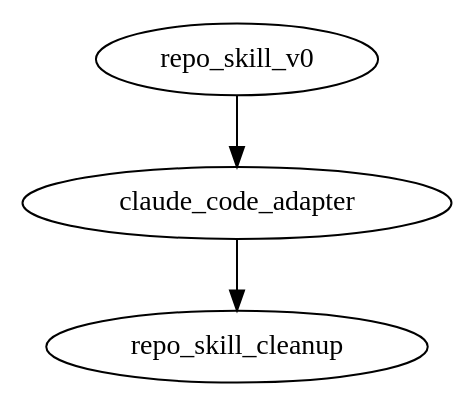
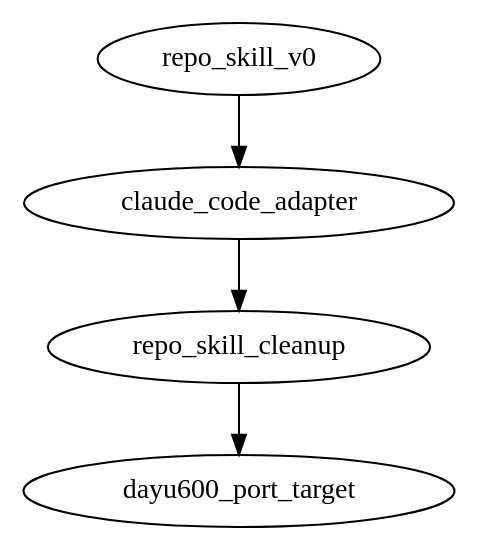
The diagram in REPO_HISTORY.dot (BH3GEI/westlake-piercing), drawn with Graphviz before and after one commit. The commit also changed 9 other files, not shown here.

Commit message:
Add DAYU600 port audit track

```diff
--- a/REPO_HISTORY.dot
+++ b/REPO_HISTORY.dot
@@ -1,44 +1,56 @@
 digraph westlake_repo_history {
   graph [
     format="repo-skill-history-v0",
     rule="each node records one agent-facing change; commit=self is allowed only for the node introduced by the current commit"
   ];
 
   repo_skill_v0 [
     commit="fb3661c",
     base_commit="b9ede74ac6a19e9e05e09800a4c8757b60ea48d5",
     actor="Yao/Codex",
     title="add repo skill v0",
     user_input="Fork westlake-piercing to BH3GEI and add a dynamic repo skill system with DOT pipeline, lock, history, and skill-local tools.",
     agent_action="Created REPO_SKILL.md, REPO_PIPELINE.dot, REPO_LOCK.toml, REPO_HISTORY.dot, .repo-skill/SKILL.md, runner code, checks, and turn notes.",
     code_delta="No runtime adapter behavior changed; added collaboration and reproducibility metadata plus a local DOT runner.",
     verify="static runner checks; full replay requires DAYU200 and artifact baseline",
     note=".repo-skill/turns/2026-06-30-repo-skill-v0.md"
   ];
 
   claude_code_adapter [
     commit="6113f4b",
     base_commit="fb3661c",
     actor="Yao/Codex",
     title="add Claude Code skill adapter",
     user_input="Add the Claude Code layer so Claude can discover the repo skill without duplicating the main rules.",
     agent_action="Created .claude/skills/westlake-repo/SKILL.md and linked REPO_SKILL.md as the single source of truth.",
     code_delta="No runtime adapter behavior changed; added Claude Code discovery metadata and updated repo skill history.",
     verify="static file checks; full replay still requires DAYU200, hdc, and external artifacts",
     note=".repo-skill/turns/2026-06-30-claude-code-adapter.md"
   ];
 
   repo_skill_cleanup [
-    commit="self",
+    commit="f926081",
     base_commit="6113f4b",
     actor="Yao/Codex",
     title="clean up repo skill metadata",
     user_input="Inspect BH3GEI/westlake-piercing, especially its built-in repo skill.",
     agent_action="Added Codex frontmatter to .repo-skill/SKILL.md, rewrote mojibake Claude adapter and turn note, improved missing-command/9009 reporting, and recorded this cleanup turn.",
     code_delta="No runtime adapter behavior changed; cleaned repository skill metadata, agent-facing history, and runner diagnostics.",
     verify="static skill checks; repo-local check flow fails honestly on this Windows host before hardware/artifact verification",
     note=".repo-skill/turns/2026-07-01-repo-skill-cleanup.md"
   ];
 
-  repo_skill_v0 -> claude_code_adapter -> repo_skill_cleanup;
+  dayu600_port_target [
+    commit="self",
+    base_commit="f926081",
+    actor="Yao/Codex",
+    title="declare DAYU600 as active port target",
+    user_input="Clarify that westlake-piercing must be reproduced on the current DAYU600/uis7885 board, not only on DAYU200/RK3568.",
+    agent_action="Updated repo skill, lock, pipeline, and docs for a DAYU600 port track; added a non-mutating dayu600-audit flow and live HDC audit checks.",
+    code_delta="No runtime adapter behavior changed; added DAYU600 port metadata, docs, and audit helpers.",
+    verify="ran dayu600-audit over HDC; confirmed uis7885 arm64-v8a OpenHarmony 6.1.0.31, stock 64-bit appspawn, no appspawn-x, and no /system/android substrate yet",
+    note=".repo-skill/turns/2026-07-01-dayu600-port-target.md"
+  ];
+
+  repo_skill_v0 -> claude_code_adapter -> repo_skill_cleanup -> dayu600_port_target;
 }
```
